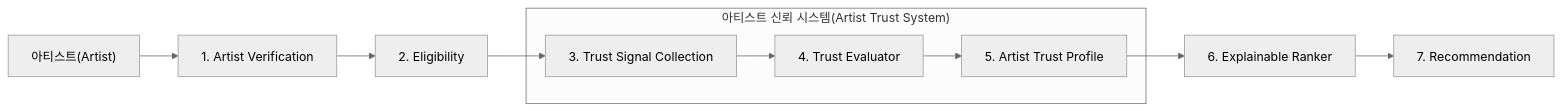
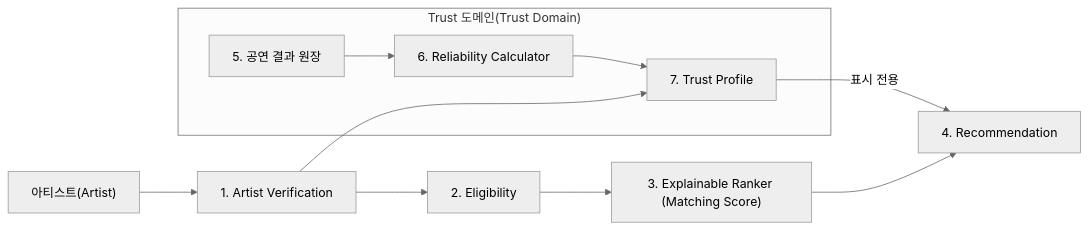
Before and after one commit to nsuCapstoneTeam/NSU_CAPSTONE: the diagram in docs/adr/artist_trust_architecture/README.md, drawn with Mermaid (neutral theme). The commit also changed other lines of this file and 13 other files, not shown here.

First line of the commit message:
Docs: [NSU-20] Artist Reliability 설계 개정(reliability-v1)과 SSOT v1.4 반영 (#83)

````diff
--- a/docs/adr/artist_trust_architecture/README.md
+++ b/docs/adr/artist_trust_architecture/README.md
@@ -97,25 +103,27 @@
 ```mermaid
 flowchart LR
 
     Artist["아티스트(Artist)"]
 
     Artist --> Verification["1. Artist Verification"]
 
     Verification --> Eligibility["2. Eligibility"]
 
-    Eligibility --> Signals["3. Trust Signal Collection"]
+    Eligibility --> Ranker["3. Explainable Ranker (Matching Score)"]
 
-    Signals --> Evaluator["4. Trust Evaluator"]
+    Ranker --> Result["4. Recommendation"]
 
-    Evaluator --> Profile["5. Artist Trust Profile"]
+    Ledger["5. 공연 결과 원장"] --> Calculator["6. Reliability Calculator"]
 
-    Profile --> Ranker["6. Explainable Ranker"]
+    Calculator --> Profile["7. Trust Profile"]
 
-    Ranker --> Result["7. Recommendation"]
+    Verification --> Profile
 
-    subgraph TrustSystem["아티스트 신뢰 시스템(Artist Trust System)"]
-        Signals
-        Evaluator
+    Profile -->|표시 전용| Result
+
+    subgraph TrustSystem["Trust 도메인(Trust Domain)"]
+        Ledger
+        Calculator
         Profile
     end
 ```
````
